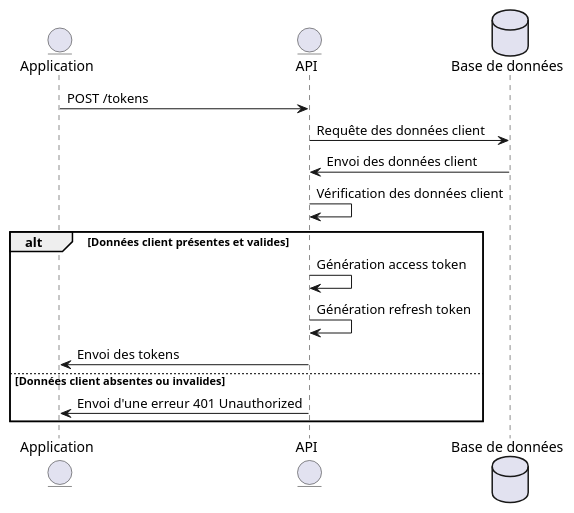
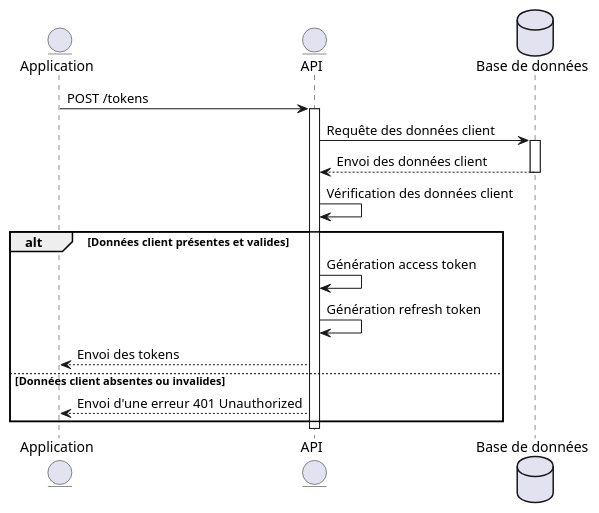
Before and after one commit to nezia1/missive-documentation: the diagram in docs/assets/diagrams/src/authentication.puml, drawn with PlantUML. The commit also changed 10 other files, not shown here.

Commit message:
add lifeline to diagrams

```diff
--- a/docs/assets/diagrams/src/authentication.puml
+++ b/docs/assets/diagrams/src/authentication.puml
@@ -2,17 +1,22 @@
 @startuml authentication
 entity "Application" as Client
 entity API
 database "Base de données" as Database
 
 Client -> API : POST /tokens 
+activate API
 API -> Database : Requête des données client
-Database -> API : Envoi des données client
+activate Database
+Database --> API : Envoi des données client
+deactivate Database
 API -> API : Vérification des données client
+
 alt Données client présentes et valides
     API -> API : Génération access token
     API -> API : Génération refresh token
-    API -> Client : Envoi des tokens
+    API --> Client : Envoi des tokens
 else Données client absentes ou invalides
-    API -> Client : Envoi d'une erreur 401 Unauthorized
+    API --> Client : Envoi d'une erreur 401 Unauthorized
 end
+deactivate API
 @enduml
```
